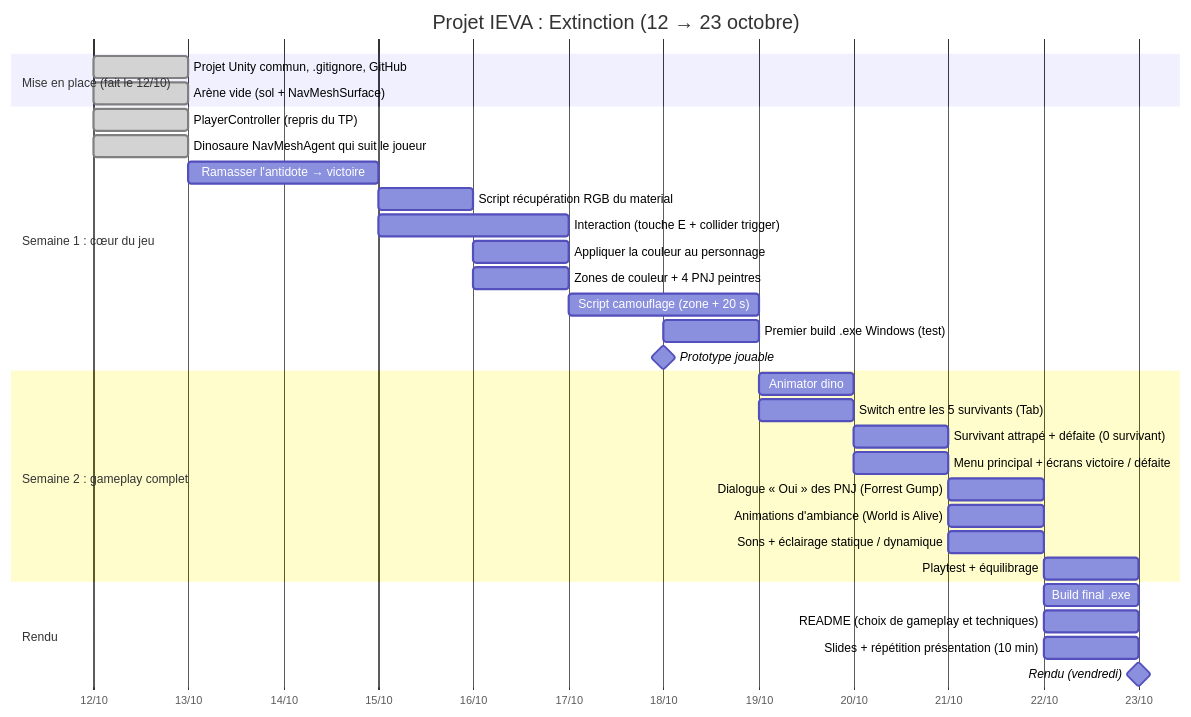
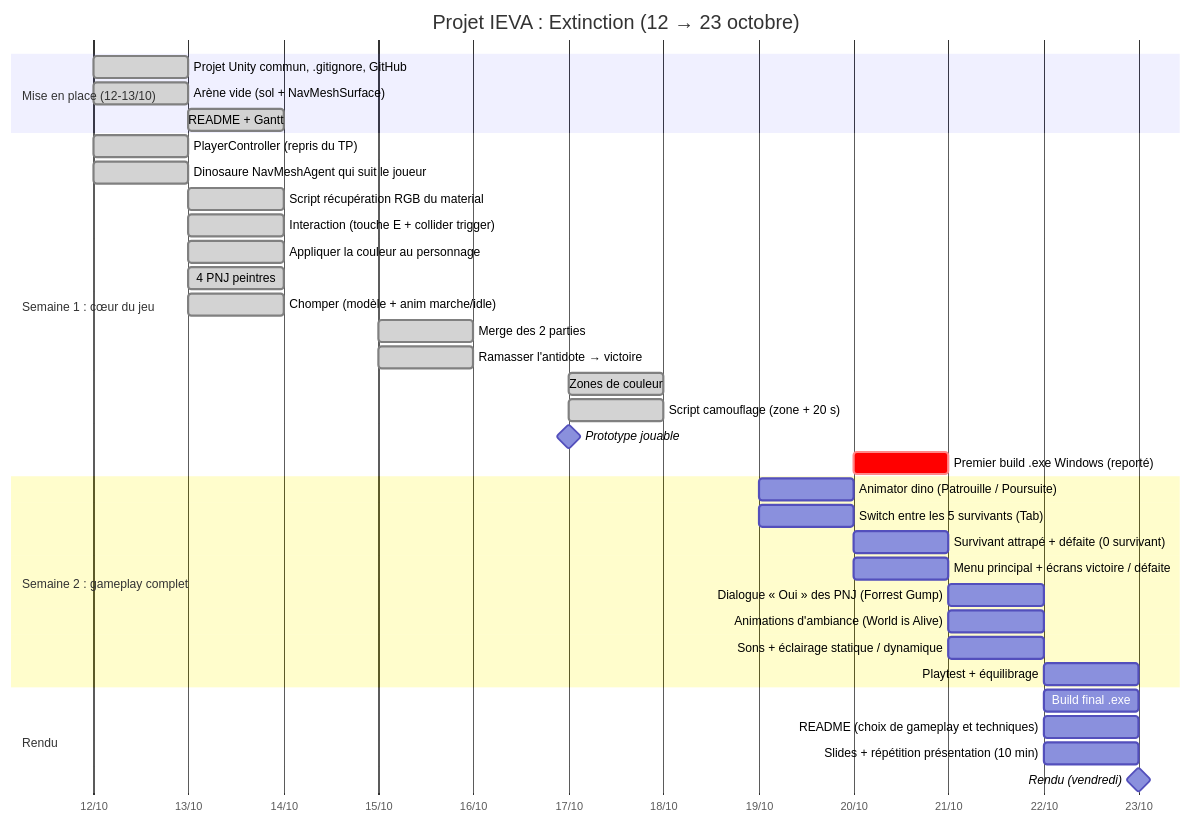
Before and after one commit to laissy-dev/IEVA: the diagram in README.md, drawn with Mermaid. The commit also changed other lines of this file, not shown here.

Commit message:
MAJ GANTT et CHECKLIST

````diff
--- a/README.md
+++ b/README.md
@@ -41,38 +41,42 @@
 ```mermaid
 gantt
     title Projet IEVA : Extinction (12 → 23 octobre)
     dateFormat YYYY-MM-DD
     axisFormat %d/%m
 
-    section Mise en place (fait le 12/10)
+    section Mise en place (12-13/10)
     Projet Unity commun, .gitignore, GitHub      :done, a0, 2026-10-12, 1d
     Arène vide (sol + NavMeshSurface)            :done, a1, 2026-10-12, 1d
+    README + Gantt                               :done, a11, 2026-10-13, 1d
 
     section Semaine 1 : cœur du jeu
     PlayerController (repris du TP)              :done, a2, 2026-10-12, 1d
     Dinosaure NavMeshAgent qui suit le joueur    :done, a3, 2026-10-12, 1d
-    Ramasser l'antidote → victoire               :a4, 2026-10-13, 2d
-    Script récupération RGB du material          :a5, 2026-10-15, 1d
-    Interaction (touche E + collider trigger)    :a6, 2026-10-15, 2d
-    Appliquer la couleur au personnage           :a7, after a5, 1d
-    Zones de couleur + 4 PNJ peintres            :a8, 2026-10-16, 1d
-    Script camouflage (zone + 20 s)              :a9, 2026-10-17, 2d
-    Premier build .exe Windows (test)            :a10, 2026-10-18, 1d
-    Prototype jouable                            :milestone, m1, 2026-10-18, 0d
+    Script récupération RGB du material          :done, a5, 2026-10-13, 1d
+    Interaction (touche E + collider trigger)    :done, a6, 2026-10-13, 1d
+    Appliquer la couleur au personnage           :done, a7, 2026-10-13, 1d
+    4 PNJ peintres                               :done, a8, 2026-10-13, 1d
+    Chomper (modèle + anim marche/idle)          :done, a12, 2026-10-13, 1d
+    Merge des 2 parties                          :done, a13, 2026-10-15, 1d
+    Ramasser l'antidote → victoire               :done, a4, 2026-10-15, 1d
+    Zones de couleur                             :done, a14, 2026-10-17, 1d
+    Script camouflage (zone + 20 s)              :done, a9, 2026-10-17, 1d
+    Prototype jouable                            :milestone, m1, 2026-10-17, 0d
+    Premier build .exe Windows (reporté)         :crit, a10, 2026-10-20, 1d
 
     section Semaine 2 : gameplay complet
-    Animator dino : Patrouille / Poursuite       :b1, 2026-10-19, 1d
+    Animator dino (Patrouille / Poursuite)       :b1, 2026-10-19, 1d
     Switch entre les 5 survivants (Tab)          :b2, 2026-10-19, 1d
     Survivant attrapé + défaite (0 survivant)    :b3, 2026-10-20, 1d
     Menu principal + écrans victoire / défaite   :b4, 2026-10-20, 1d
     Dialogue « Oui » des PNJ (Forrest Gump)      :b5, 2026-10-21, 1d
     Animations d'ambiance (World is Alive)       :b6, 2026-10-21, 1d
     Sons + éclairage statique / dynamique        :b7, 2026-10-21, 1d
     Playtest + équilibrage                       :b8, 2026-10-22, 1d
 
     section Rendu
     Build final .exe                             :c1, 2026-10-22, 1d
     README (choix de gameplay et techniques)     :c2, 2026-10-22, 1d
     Slides + répétition présentation (10 min)    :c3, 2026-10-22, 1d
     Rendu (vendredi)                             :milestone, m2, 2026-10-23, 0d
 ```
````
